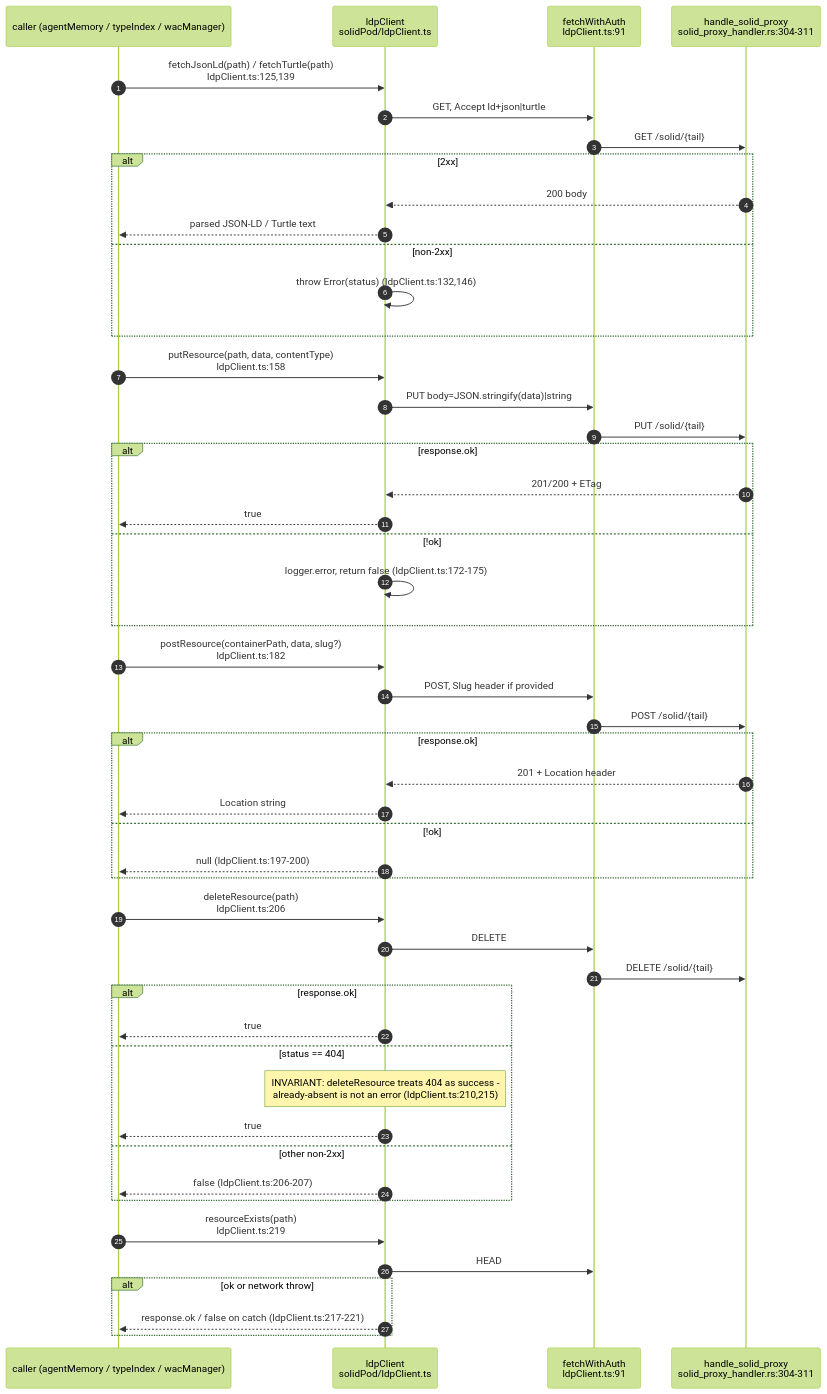
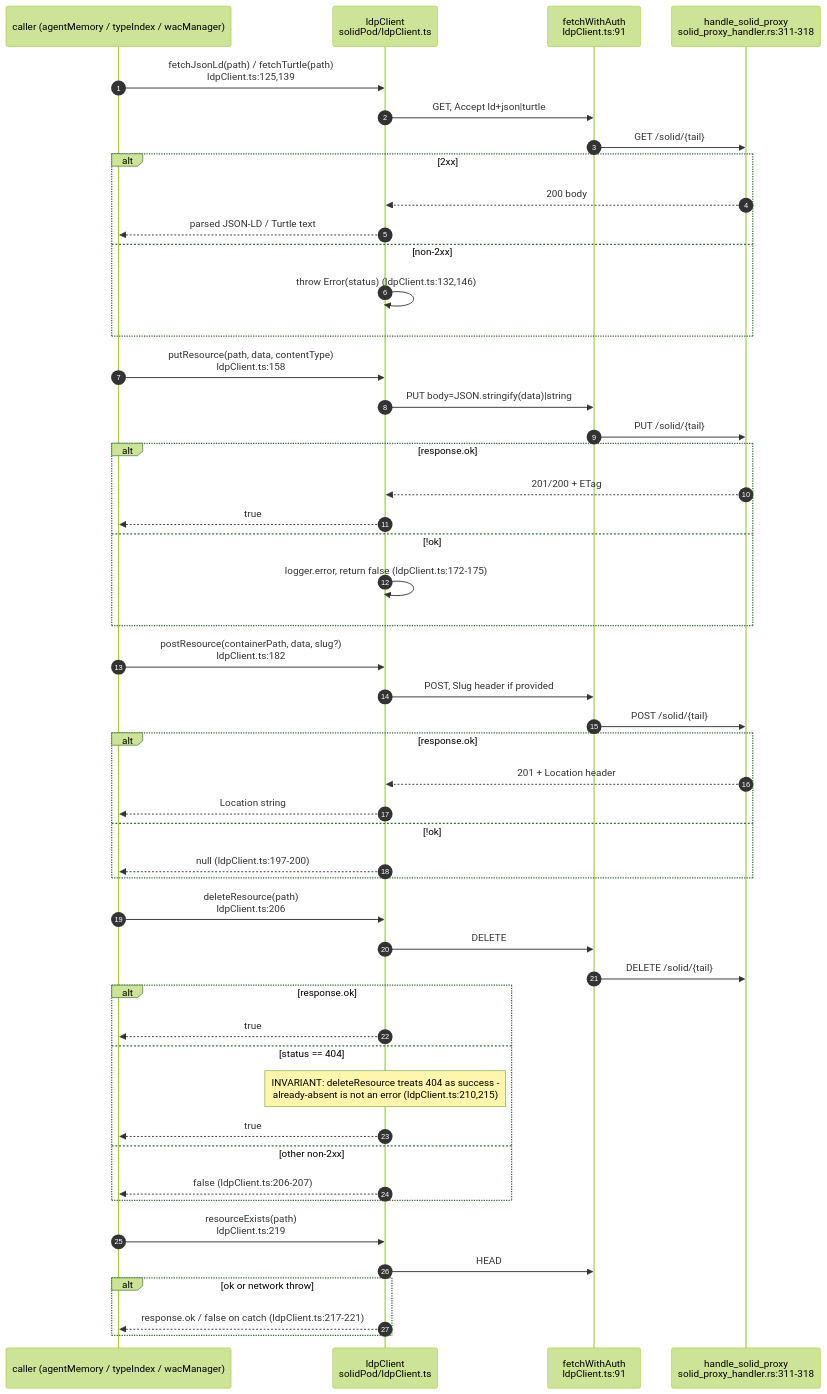
One commit to DreamLab-AI/VisionFlow changed the fifth of 13 diagrams in docs/diagrams/visionclaw/26-solid-pod-and-jss.md. Above: the diagram before and after it, drawn with Mermaid (forest theme). The commit also changed other lines of this file and 111 other files, not shown here.

Commit message:
docs(diagrams): align estate maps with current source

````diff
--- a/docs/diagrams/visionclaw/26-solid-pod-and-jss.md
+++ b/docs/diagrams/visionclaw/26-solid-pod-and-jss.md
@@ -212,56 +212,56 @@
 ```mermaid
 sequenceDiagram
     autonumber
     participant App as caller (agentMemory / typeIndex / wacManager)
     participant L as ldpClient<br/>solidPod/ldpClient.ts
     participant F as fetchWithAuth<br/>ldpClient.ts:91
-    participant P as handle_solid_proxy<br/>solid_proxy_handler.rs:304-311
+    participant P as handle_solid_proxy<br/>solid_proxy_handler.rs:311-318
 
     App->>L: fetchJsonLd(path) / fetchTurtle(path)<br/>ldpClient.ts:125,139
     L->>F: GET, Accept ld+json|turtle
     F->>P: GET /solid/{tail}
     alt 2xx
         P-->>L: 200 body
         L-->>App: parsed JSON-LD / Turtle text
     else non-2xx
         L->>L: throw Error(status) (ldpClient.ts:132,146)
     end
 
     App->>L: putResource(path, data, contentType)<br/>ldpClient.ts:158
     L->>F: PUT body=JSON.stringify(data)|string
     F->>P: PUT /solid/{tail}
     alt response.ok
         P-->>L: 201/200 + ETag
         L-->>App: true
     else !ok
         L->>L: logger.error, return false (ldpClient.ts:172-175)
     end
 
     App->>L: postResource(containerPath, data, slug?)<br/>ldpClient.ts:182
     L->>F: POST, Slug header if provided
     F->>P: POST /solid/{tail}
     alt response.ok
         P-->>L: 201 + Location header
         L-->>App: Location string
     else !ok
         L-->>App: null (ldpClient.ts:197-200)
     end
 
     App->>L: deleteResource(path)<br/>ldpClient.ts:206
     L->>F: DELETE
     F->>P: DELETE /solid/{tail}
     alt response.ok
         L-->>App: true
     else status == 404
         Note over L: INVARIANT: deleteResource treats 404 as success -<br/>already-absent is not an error (ldpClient.ts:210,215)
         L-->>App: true
     else other non-2xx
         L-->>App: false (ldpClient.ts:206-207)
     end
 
     App->>L: resourceExists(path)<br/>ldpClient.ts:219
     L->>F: HEAD
     alt ok or network throw
         L-->>App: response.ok / false on catch (ldpClient.ts:217-221)
     end
 ```
````
